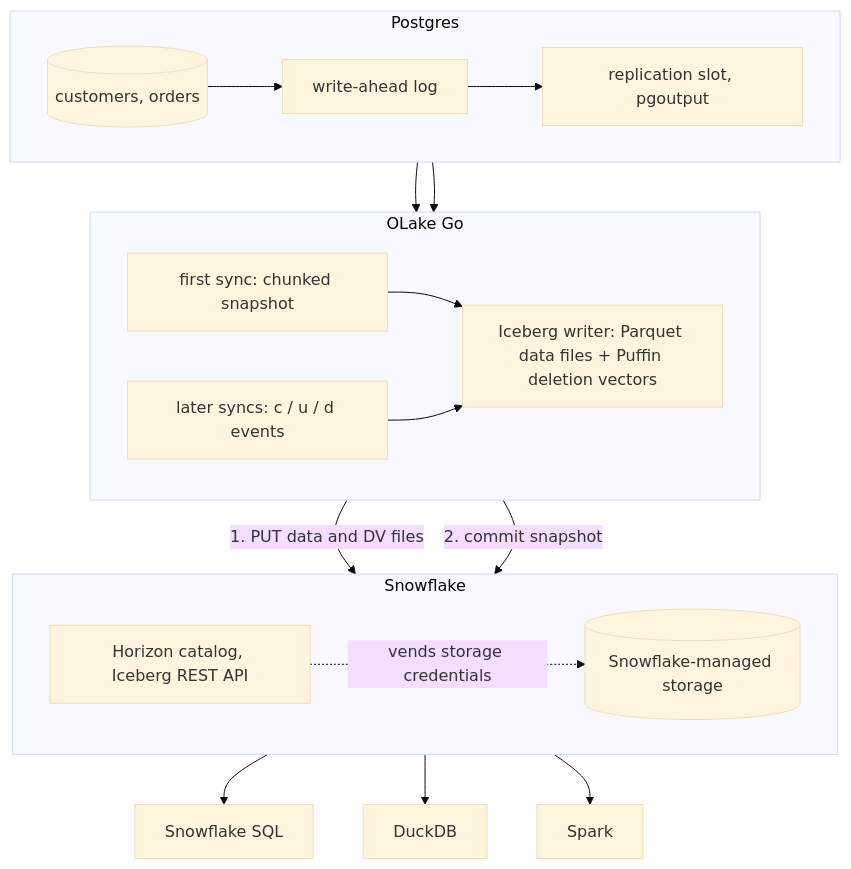
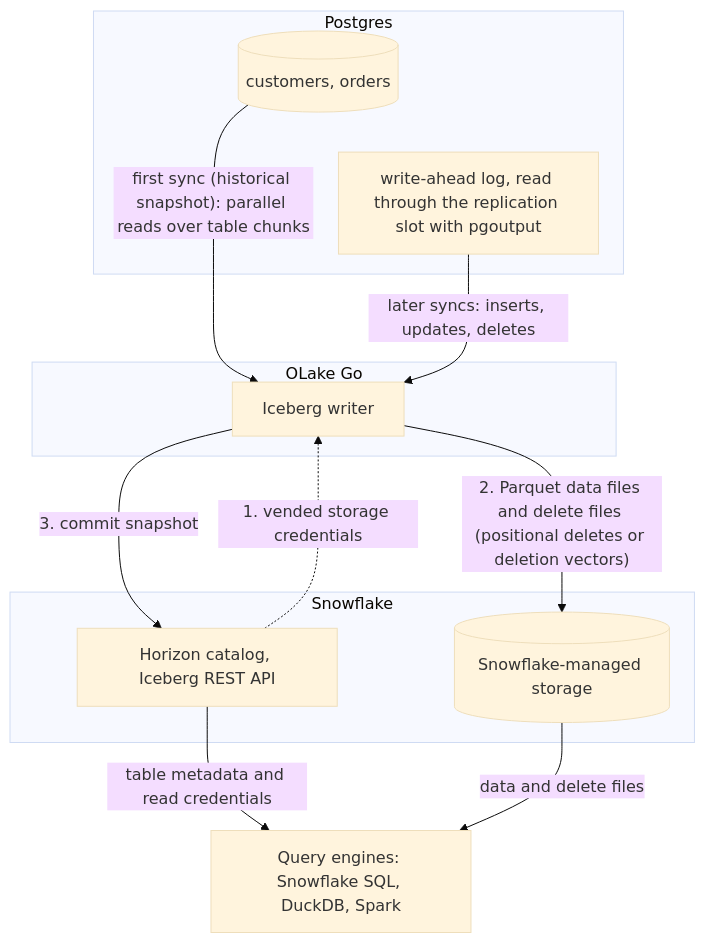
The diagram in docs/integrations/postgres-to-snowflake.mdx (datazip-inc/olake-docs), drawn with Mermaid (base theme) before and after one commit. The commit also changed other lines of this file and 24 other files, not shown here.

````diff
--- a/docs/integrations/postgres-to-snowflake.mdx
+++ b/docs/integrations/postgres-to-snowflake.mdx
@@ -81,23 +70,24 @@
 ```mermaid
+%%{init: {"flowchart": {"nodeSpacing": 30, "rankSpacing": 40}}}%%
 flowchart TB
   subgraph pg["Postgres"]
-    direction LR
-    T[(customers, orders)] --> WAL[write-ahead log] --> SLOT[replication slot, pgoutput]
+    T[(customers, orders)]
+    SLOT[write-ahead log, read through the replication slot with pgoutput]
+    T ~~~ SLOT
   end
   subgraph olake["OLake Go"]
-    direction LR
-    SNAP[first sync: chunked snapshot] --> W[Iceberg writer: Parquet data files + Puffin deletion vectors]
-    CDC[later syncs: c / u / d events] --> W
+    W[Iceberg writer]
   end
   subgraph sf["Snowflake"]
-    direction LR
-    H[Horizon catalog, Iceberg REST API] -. vends storage credentials .-> S[(Snowflake-managed storage)]
+    H[Horizon catalog, Iceberg REST API]
+    S[(Snowflake-managed storage)]
   end
-  T --> SNAP
-  SLOT --> CDC
-  W -- "1. PUT data and DV files" --> S
-  W -- "2. commit snapshot" --> H
-  H --> Q1[Snowflake SQL]
-  H --> Q2[DuckDB]
-  H --> Q3[Spark]
+  R[Query engines: Snowflake SQL, DuckDB, Spark]
+  T -- "first sync (historical snapshot): parallel reads over table chunks" --> W
+  SLOT -- "later syncs: inserts, updates, deletes" --> W
+  H -. "1. vended storage credentials" .-> W
+  W -- "2. Parquet data files and delete files (positional deletes or deletion vectors)" --> S
+  W -- "3. commit snapshot" --> H
+  H -- "table metadata and read credentials" --> R
+  S -- "data and delete files" --> R
 ```
````
